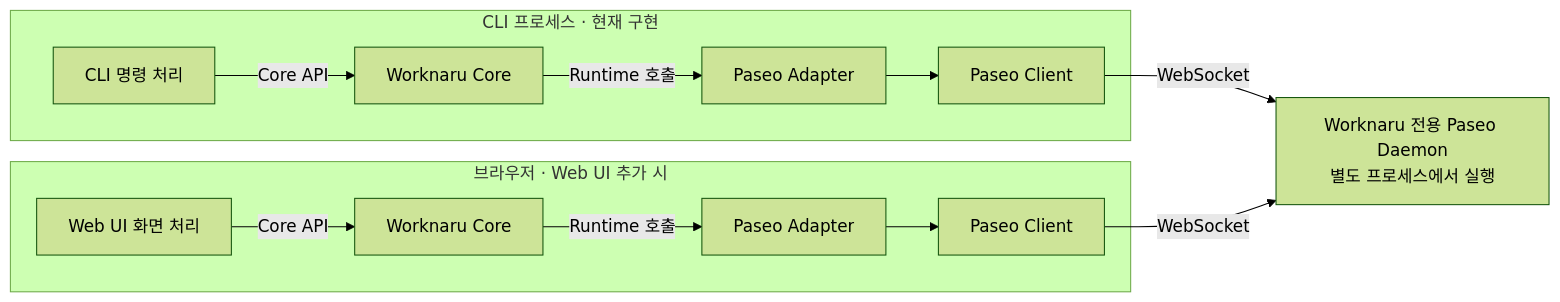
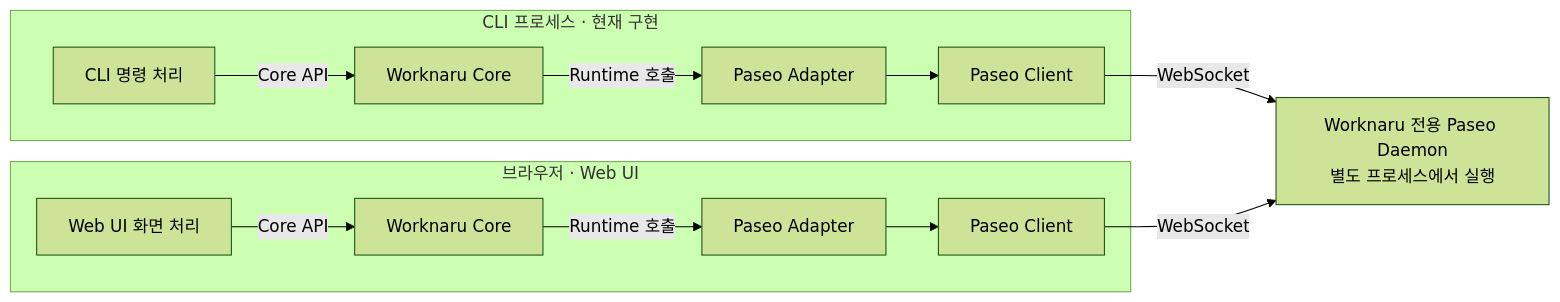
Before and after one commit to NaruForge/worknaru-dev: the diagram in docs/architecture.md, drawn with Mermaid (forest theme). The commit also changed other lines of this file and 22 other files, not shown here.

````diff
--- a/docs/architecture.md
+++ b/docs/architecture.md
@@ -25,17 +25,17 @@
 ```mermaid
 flowchart LR
     subgraph cliProcess["CLI 프로세스 · 현재 구현"]
         cli["CLI 명령 처리"] -->|Core API| cliCore["Worknaru Core"]
         cliCore -->|Runtime 호출| cliAdapter["Paseo Adapter"]
         cliAdapter --> cliClient["Paseo Client"]
     end
 
-    subgraph browser["브라우저 · Web UI 추가 시"]
+    subgraph browser["브라우저 · Web UI"]
         web["Web UI 화면 처리"] -->|Core API| webCore["Worknaru Core"]
         webCore -->|Runtime 호출| webAdapter["Paseo Adapter"]
         webAdapter --> webClient["Paseo Client"]
     end
 
     cliClient -->|WebSocket| daemon["Worknaru 전용 Paseo Daemon<br/>별도 프로세스에서 실행"]
     webClient -->|WebSocket| daemon
 ```
````
